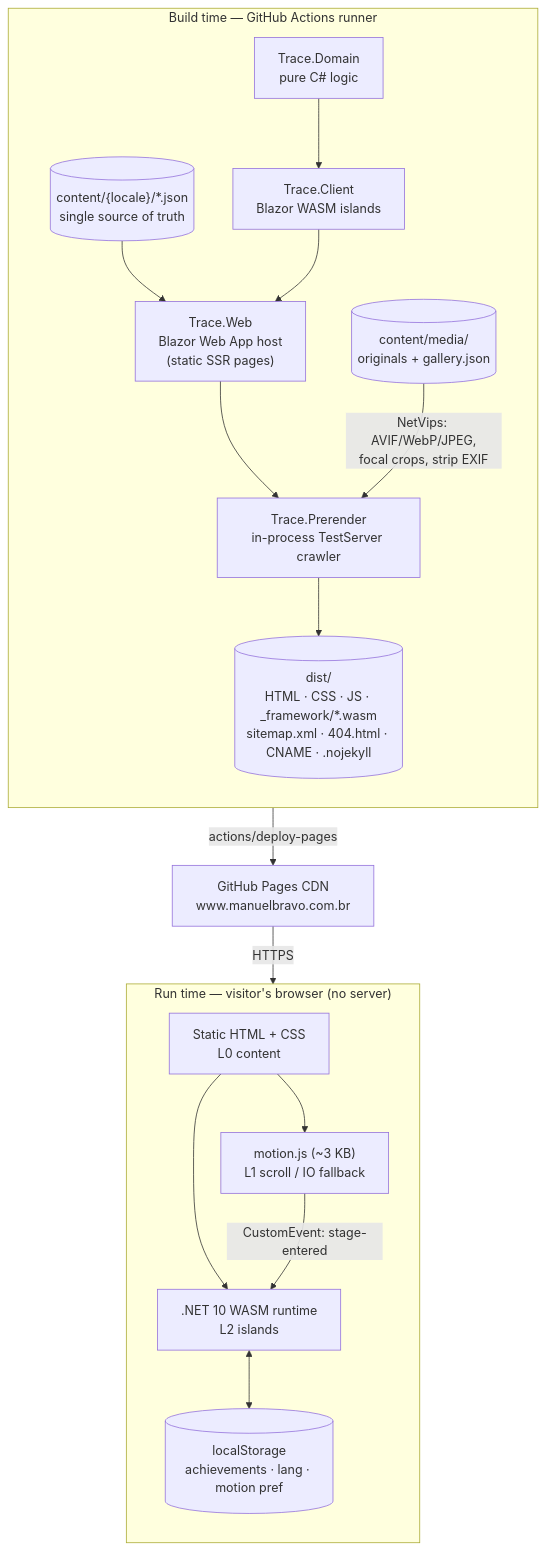
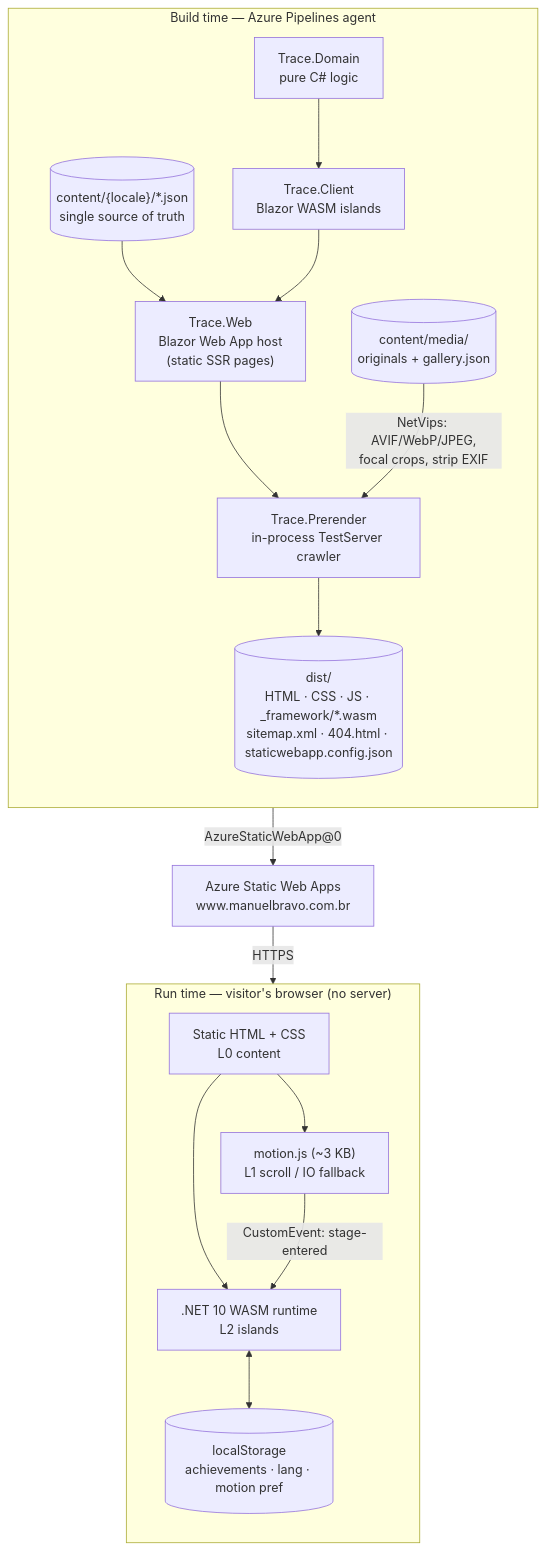
One commit to Bravodin/portifolio_bravo changed the second of 4 diagrams in docs/architecture/overview.md. Above: the diagram before and after it, drawn with Mermaid. The commit also changed other lines of this file and 9 other files, not shown here.

First line of the commit message:
docs: record Azure Pipelines + Static Web Apps decision (ADR-0009)

````diff
--- a/docs/architecture/overview.md
+++ b/docs/architecture/overview.md
@@ -30,33 +34,33 @@
 ```mermaid
 flowchart TB
-    subgraph BUILD["Build time — GitHub Actions runner"]
+    subgraph BUILD["Build time — Azure Pipelines agent"]
         direction TB
         CONTENT[("content/{locale}/*.json<br/>single source of truth")]
         MEDIA[("content/media/<br/>originals + gallery.json")]
         WEB["Trace.Web<br/>Blazor Web App host<br/>(static SSR pages)"]
         CLIENT["Trace.Client<br/>Blazor WASM islands"]
         DOMAIN["Trace.Domain<br/>pure C# logic"]
         PRE["Trace.Prerender<br/>in-process TestServer crawler"]
         CONTENT --> WEB
         DOMAIN --> CLIENT
         CLIENT --> WEB
         WEB --> PRE
         MEDIA -- "NetVips: AVIF/WebP/JPEG,<br/>focal crops, strip EXIF" --> PRE
-        PRE --> DIST[("dist/<br/>HTML · CSS · JS · _framework/*.wasm<br/>sitemap.xml · 404.html · CNAME · .nojekyll")]
+        PRE --> DIST[("dist/<br/>HTML · CSS · JS · _framework/*.wasm<br/>sitemap.xml · 404.html · staticwebapp.config.json")]
     end
 
     subgraph RUN["Run time — visitor's browser (no server)"]
         direction TB
         HTML["Static HTML + CSS<br/>L0 content"]
         JS["motion.js (~3 KB)<br/>L1 scroll / IO fallback"]
         WASM[".NET 10 WASM runtime<br/>L2 islands"]
         LS[("localStorage<br/>achievements · lang · motion pref")]
         HTML --> JS
         HTML --> WASM
         JS -- "CustomEvent: stage-entered" --> WASM
         WASM <--> LS
     end
 
-    DIST -- "actions/deploy-pages" --> PAGES["GitHub Pages CDN<br/>www.manuelbravo.com.br"]
+    DIST -- "AzureStaticWebApp@0" --> PAGES["Azure Static Web Apps<br/>www.manuelbravo.com.br"]
     PAGES -- HTTPS --> HTML
 ```
````
